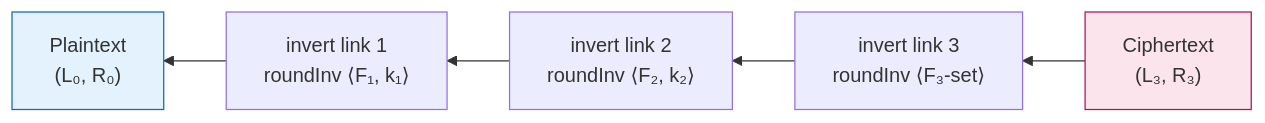
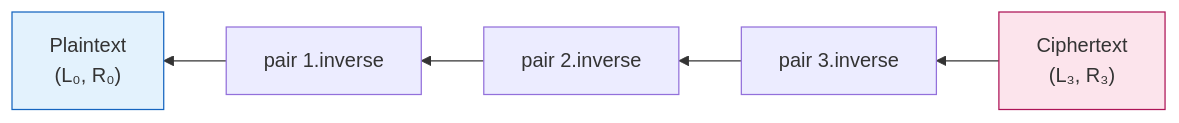
The fifth of 5 diagrams in docs/cipher-visualization.md (locusf/blackworm), drawn with Mermaid before and after one commit. The commit also changed other lines of this file and 4 other files, not shown here.

````diff
--- a/docs/cipher-visualization.md
+++ b/docs/cipher-visualization.md
@@ -166,9 +171,9 @@
 ```mermaid
 flowchart RL
-    C["Ciphertext\n(L₃, R₃)"] --> I3["invert link 3\nroundInv ⟨F₃-set⟩"]
-    I3 --> I2["invert link 2\nroundInv ⟨F₂, k₂⟩"]
-    I2 --> I1["invert link 1\nroundInv ⟨F₁, k₁⟩"]
+    C["Ciphertext\n(L₃, R₃)"] --> I3["pair 3.inverse"]
+    I3 --> I2["pair 2.inverse"]
+    I2 --> I1["pair 1.inverse"]
     I1 --> P["Plaintext\n(L₀, R₀)"]
     style C fill:#fce4ec,stroke:#ad1457
     style P fill:#e3f2fd,stroke:#1565c0
 ```
````
